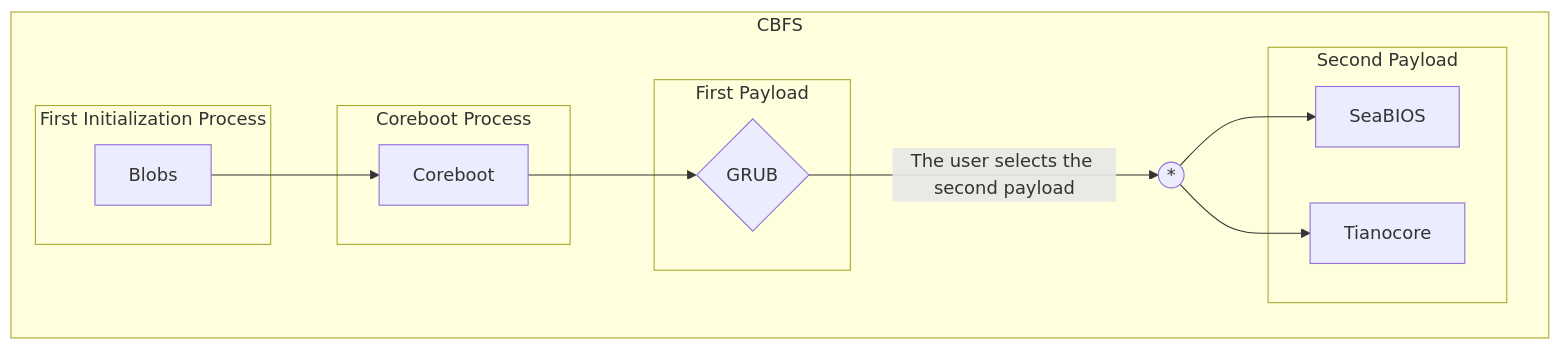
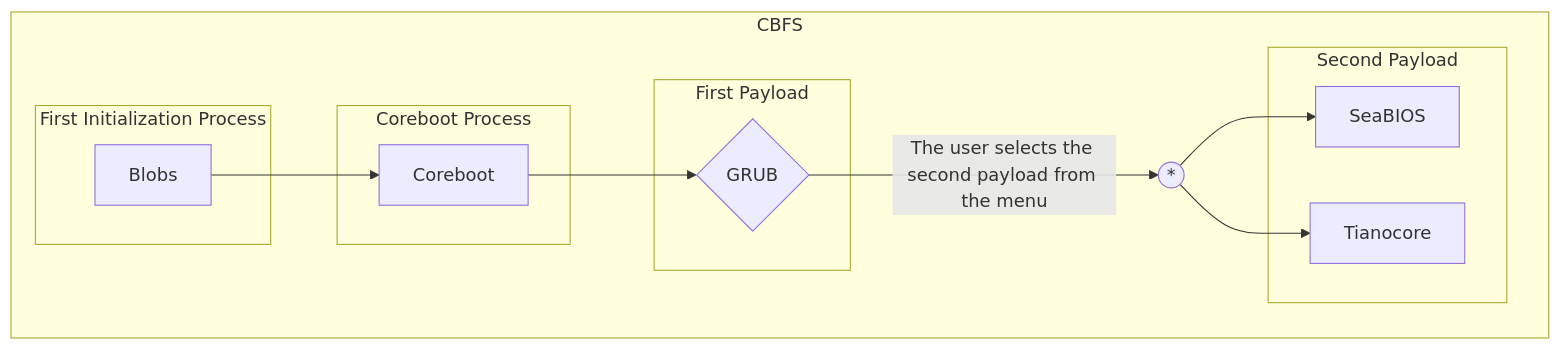
Before and after one commit to Ch3ckm4t3C1ph3r/Lenovo-Ideapad-320-14ISK-_Coreboot-Adaptation_: the diagram in README.md, drawn with Mermaid.

Commit message:
Clarify user selection in README diagram

````diff
--- a/README.md
+++ b/README.md
@@ -99,29 +99,29 @@
 ```mermaid
 flowchart LR;
     subgraph CBFS
         direction LR
 
         %% Not publicly documented boot process
         subgraph First Initialization Process
         Blobs
         end
 
         Blobs --> Coreboot
 
         subgraph Coreboot Process
         Coreboot
         end
     
         Coreboot-->p1{GRUB}
     
         subgraph First Payload
         p1{GRUB}
         end
     
-        p1{GRUB}--The user selects the second payload-->UNION((*))-->p2_1[SeaBIOS] & p2_2[Tianocore]
+        p1{GRUB}--The user selects the second payload from the menu-->UNION((*))-->p2_1[SeaBIOS] & p2_2[Tianocore]
     
         subgraph Second Payload
         p2_1[SeaBIOS] & p2_2[Tianocore]
         end
     end
 ```
````
